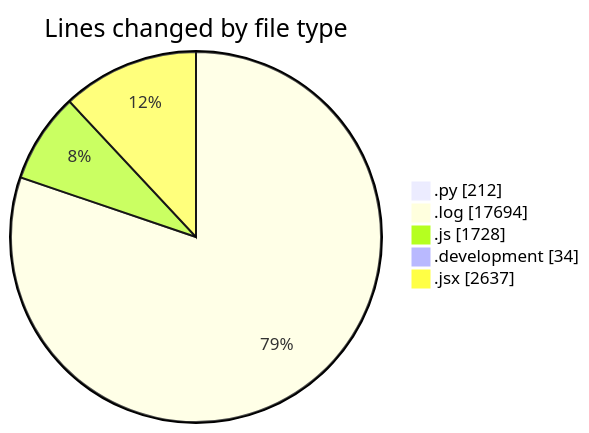
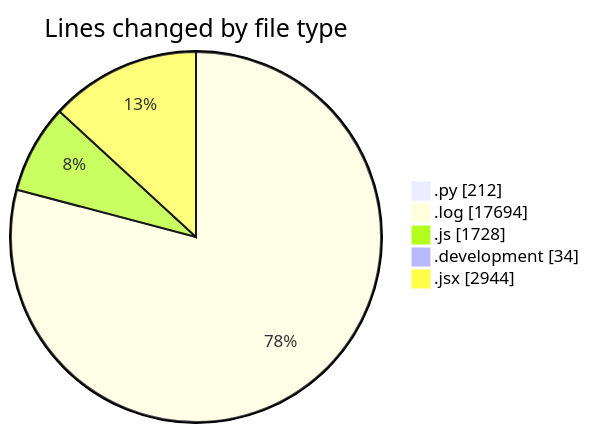
Before and after one commit to nxtqubesakshisongat/code-tracking: the first of 2 diagrams in 2025-04-19/nxtqube_webapp/README.md, drawn with Mermaid. The commit also changed other lines of this file and 1 other file, not shown here.

````diff
--- a/2025-04-19/nxtqube_webapp/README.md
+++ b/2025-04-19/nxtqube_webapp/README.md
@@ -39,9 +40,9 @@
 ```mermaid
 pie showData
 title Lines changed by file type
 ".py" : 212
 ".log" : 17694
 ".js" : 1728
 ".development" : 34
-".jsx" : 2637
+".jsx" : 2944
 ```
````
